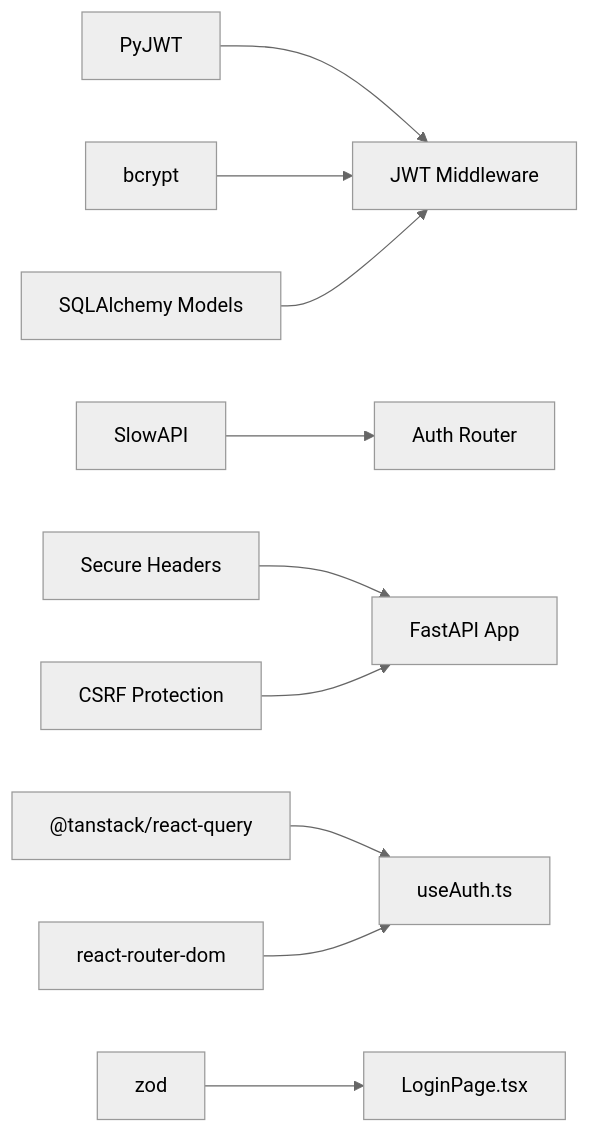
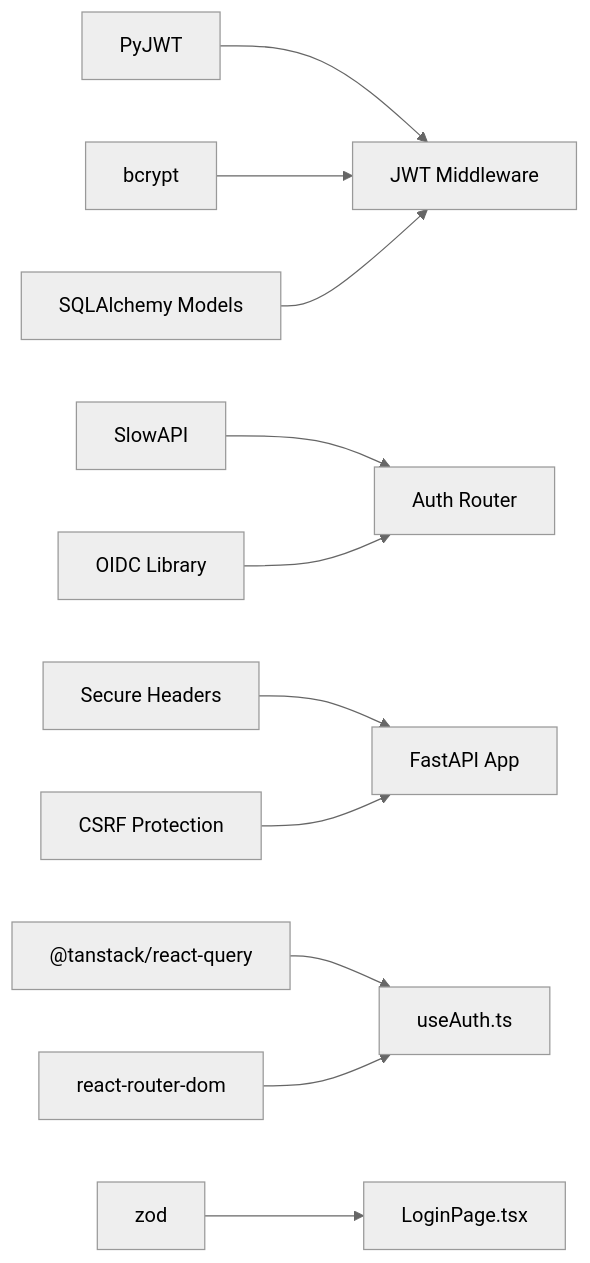
One commit to genes8/private-ai changed the seventh of 7 diagrams in .qoder/repowiki/en/content/Backend Development/API Endpoints/Authentication Endpoints.md. Above: the diagram before and after it, drawn with Mermaid (neutral theme). The commit also changed other lines of this file and 19 other files, not shown here.

````diff
--- a/.qoder/repowiki/en/content/Backend Development/API Endpoints/Authentication Endpoints.md
+++ b/.qoder/repowiki/en/content/Backend Development/API Endpoints/Authentication Endpoints.md
@@ -424,12 +523,13 @@
 ```mermaid
 graph LR
 JWT["PyJWT"] --> MW["JWT Middleware"]
 BCrypt["bcrypt"] --> MW
 Slow["SlowAPI"] --> AR["Auth Router"]
 Sec["Secure Headers"] --> APP["FastAPI App"]
 SQL["SQLAlchemy Models"] --> MW
+OIDC["OIDC Library"] --> AR
 RQ["@tanstack/react-query"] --> Hooks["useAuth.ts"]
 RR["react-router-dom"] --> Hooks
 Zod["zod"] --> LoginPage["LoginPage.tsx"]
 CSRF["CSRF Protection"] --> APP
 ```
````
